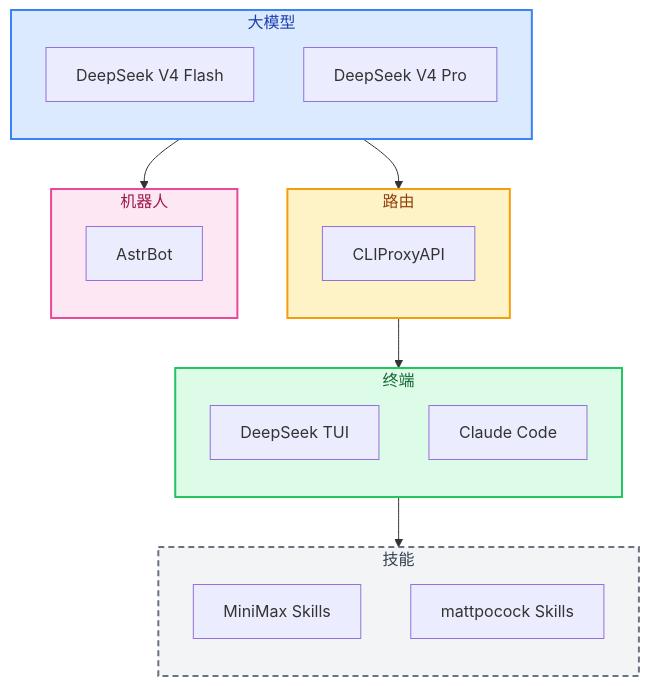
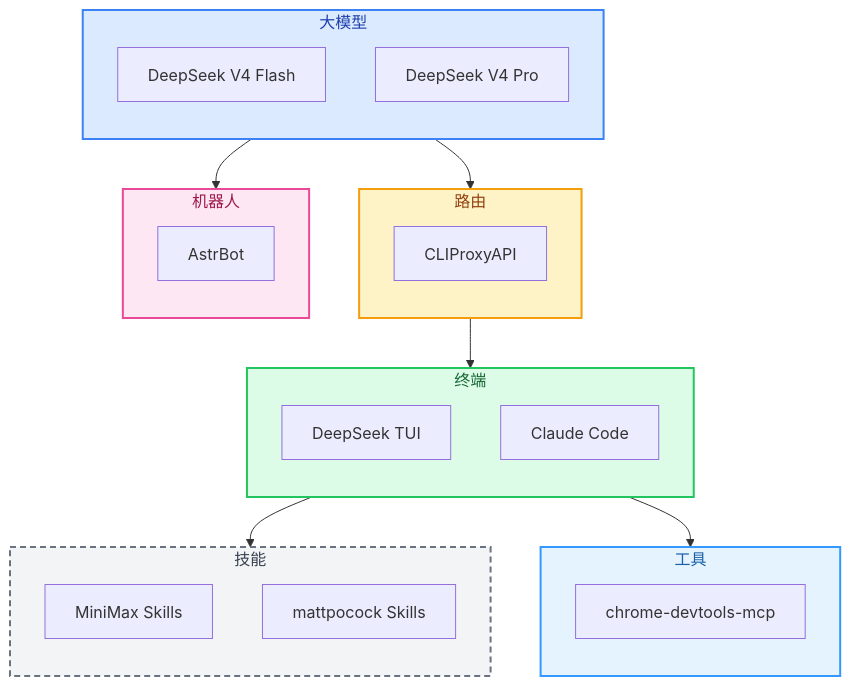
Before and after one commit to yuanxin518/ai-path: the diagram in README.md, drawn with Mermaid. The commit also changed other lines of this file and 1 other file, not shown here.

Commit message:
添加技术栈: chrome-devtools-mcp → 工具节点

````diff
--- a/README.md
+++ b/README.md
@@ -23,40 +23,47 @@
 ```mermaid
 flowchart TD
     subgraph N00["大模型"]
         direction TB
         DS1["DeepSeek V4 Flash"]
         DS2["DeepSeek V4 Pro"]
     end
     style N00 fill:#dbeafe,stroke:#3b82f6,stroke-width:2px,color:#1e40af
 
     subgraph N01["路由"]
         direction TB
         CPA["CLIProxyAPI"]
     end
     style N01 fill:#fef3c7,stroke:#f59e0b,stroke-width:2px,color:#92400e
 
     subgraph N02["终端"]
         direction TB
         TUI["DeepSeek TUI"]
         CC["Claude Code"]
     end
     style N02 fill:#dcfce7,stroke:#22c55e,stroke-width:2px,color:#166534
 
     subgraph N03["技能"]
         direction TB
         MSK["MiniMax Skills"]
         PSK["mattpocock Skills"]
     end
     style N03 fill:#f3f4f6,stroke:#6b7280,stroke-width:2px,stroke-dasharray:6 4,color:#374151
 
-    subgraph N04["机器人"]
+    subgraph N04["工具"]
+        direction TB
+        CDM["chrome-devtools-mcp"]
+    end
+    style N04 fill:#e4f3ff,stroke:#3399ff,stroke-width:2px,color:#1a5fa8
+
+    subgraph N05["机器人"]
         direction TB
         AB["AstrBot"]
     end
-    style N04 fill:#fce7f3,stroke:#ec4899,stroke-width:2px,color:#9d174d
+    style N05 fill:#fce7f3,stroke:#ec4899,stroke-width:2px,color:#9d174d
 
     N00 --> N01
     N01 --> N02
     N02 --> N03
-    N00 --> N04
+    N02 --> N04
+    N00 --> N05
 ```
````
